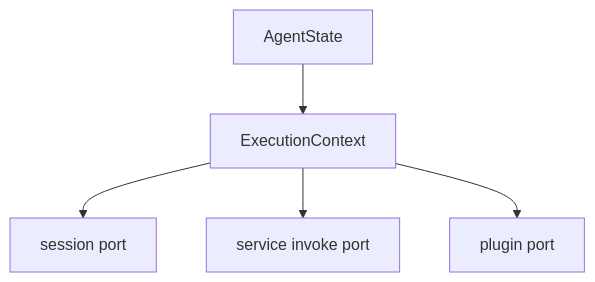
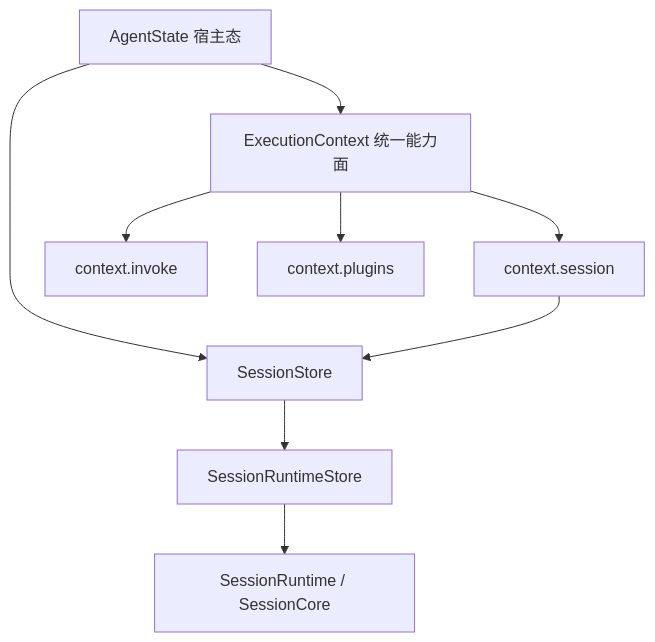
Before and after one commit to wangenius/downcity: the third of 7 diagrams in devdocs/agent-native-architecture-design.md, drawn with Mermaid. The commit also changed other lines of this file and 96 other files, not shown here.

````diff
--- a/devdocs/agent-native-architecture-design.md
+++ b/devdocs/agent-native-architecture-design.md
@@ -196,7 +120,11 @@
 ```mermaid
 flowchart TD
-  A["AgentState"] --> B["ExecutionContext"]
-  B --> C["session port"]
-  B --> D["service invoke port"]
-  B --> E["plugin port"]
+  AGENT["AgentState 宿主态"] --> CTX["ExecutionContext 统一能力面"]
+  AGENT --> STORE["SessionStore"]
+  STORE --> RUNTIMESTORE["SessionRuntimeStore"]
+  RUNTIMESTORE --> SESSION["SessionRuntime / SessionCore"]
+  CTX --> SESSIONPORT["context.session"]
+  SESSIONPORT --> STORE
+  CTX --> INVOKE["context.invoke"]
+  CTX --> PLUGINPORT["context.plugins"]
 ```
````
